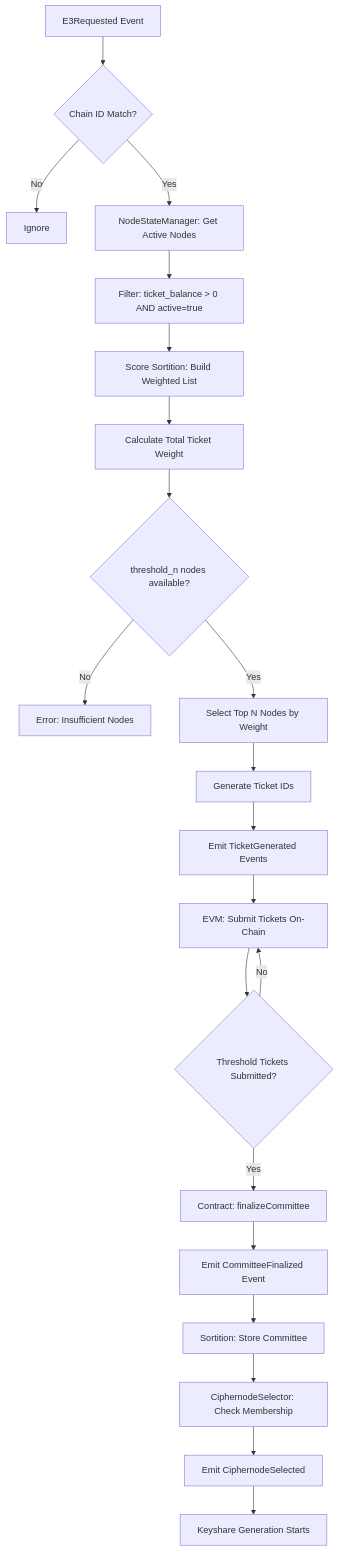
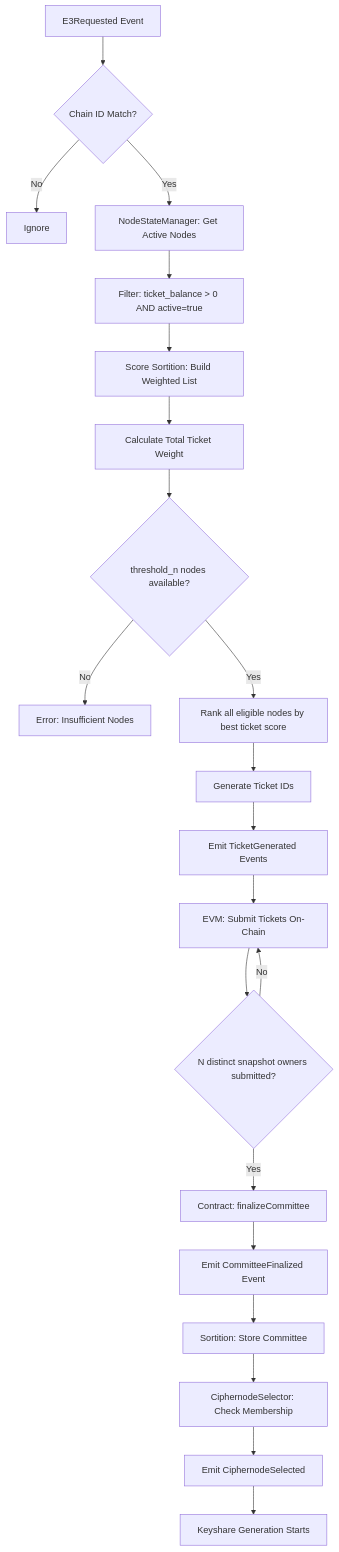
Before and after one commit to theinterfold/interfold: the third of 4 diagrams in crates/sortition/Readme.md, drawn with Mermaid. The commit also changed other lines of this file and 31 other files, not shown here.

````diff
--- a/crates/sortition/Readme.md
+++ b/crates/sortition/Readme.md
@@ -196,23 +196,23 @@
 ```mermaid
 flowchart TD
     A[E3Requested Event] --> B{Chain ID Match?}
     B -->|No| Z[Ignore]
     B -->|Yes| C[NodeStateManager: Get Active Nodes]
     C --> D[Filter: ticket_balance > 0 AND active=true]
     D --> E[Score Sortition: Build Weighted List]
     E --> F[Calculate Total Ticket Weight]
     F --> G{threshold_n nodes available?}
     G -->|No| H[Error: Insufficient Nodes]
-    G -->|Yes| I[Select Top N Nodes by Weight]
+    G -->|Yes| I[Rank all eligible nodes by best ticket score]
     I --> J[Generate Ticket IDs]
     J --> K[Emit TicketGenerated Events]
     K --> L[EVM: Submit Tickets On-Chain]
-    L --> M{Threshold Tickets Submitted?}
+    L --> M{N distinct snapshot owners submitted?}
     M -->|No| L
     M -->|Yes| N[Contract: finalizeCommittee]
     N --> O[Emit CommitteeFinalized Event]
     O --> P[Sortition: Store Committee]
     P --> Q[CiphernodeSelector: Check Membership]
     Q --> R[Emit CiphernodeSelected]
     R --> S[Keyshare Generation Starts]
 ```
````
